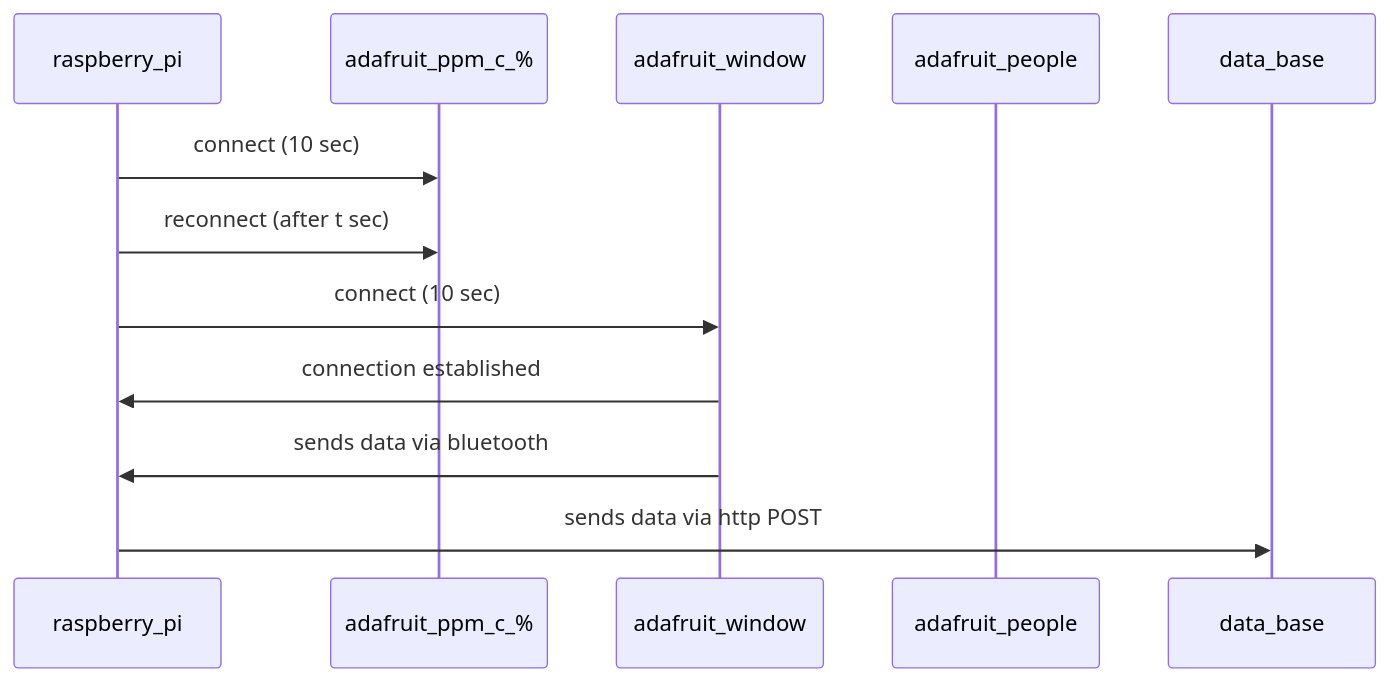
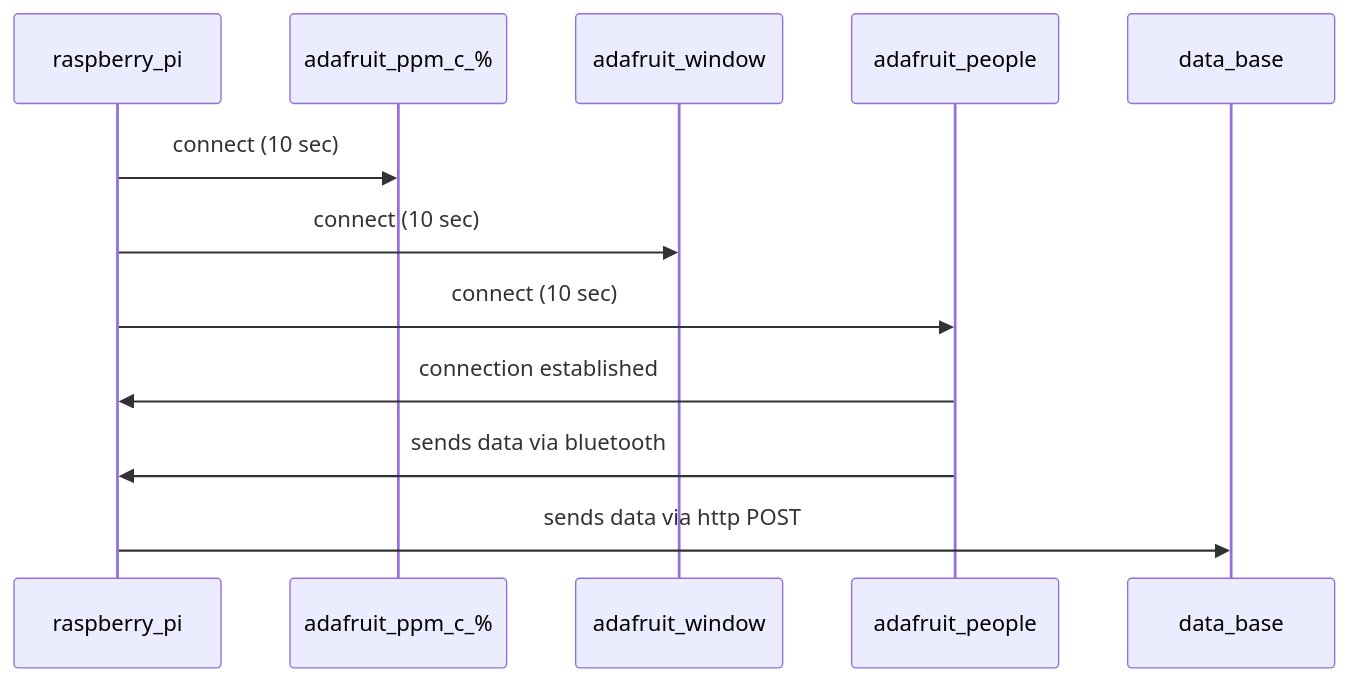
Before and after one commit to nicolarohner1337/smartclassroom: the second of 3 diagrams in abgabe_bericht/software_module_sequenzdiagramme/main_unit.md, drawn with Mermaid.

````diff
--- a/abgabe_bericht/software_module_sequenzdiagramme/main_unit.md
+++ b/abgabe_bericht/software_module_sequenzdiagramme/main_unit.md
@@ -20,15 +20,15 @@
 ```mermaid
 sequenceDiagram
     participant raspberry_pi
     participant adafruit_ppm_c_%
     participant adafruit_window
     participant adafruit_people
     participant data_base
     raspberry_pi->>adafruit_ppm_c_%: connect (10 sec)
-    raspberry_pi->>adafruit_ppm_c_%: reconnect (after t sec)
     raspberry_pi->>adafruit_window: connect (10 sec)
-    adafruit_window->>raspberry_pi: connection established
-    adafruit_window->>raspberry_pi: sends data via bluetooth
+    raspberry_pi->>adafruit_people: connect (10 sec)
+    adafruit_people->>raspberry_pi: connection established
+    adafruit_people->>raspberry_pi: sends data via bluetooth
     raspberry_pi->>data_base: sends data via http POST
 
 ```
````
